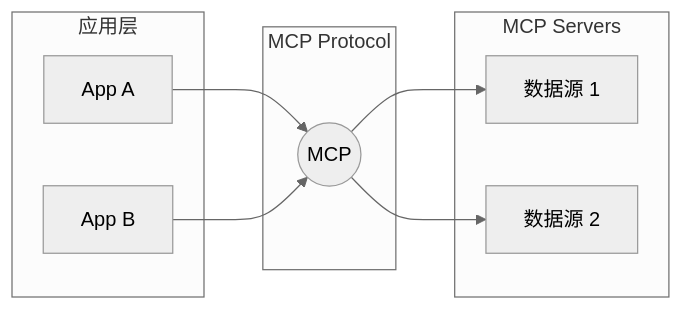
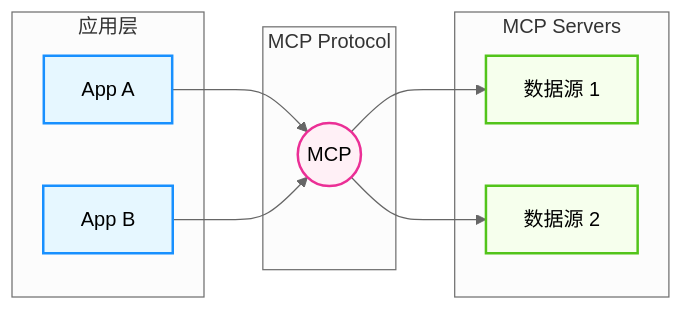
Before and after one commit to yeasy/agentic_ai_guide: the second of 5 diagrams in 04_tools/4.3_mcp.md, drawn with Mermaid (neutral theme). The commit also changed other lines of this file and 36 other files, not shown here.

````diff
--- a/04_tools/4.3_mcp.md
+++ b/04_tools/4.3_mcp.md
@@ -45,21 +52,30 @@
 ```mermaid
 graph LR
+    %% Agentic Design System
+    classDef agent fill:#e6f7ff,stroke:#1890ff,stroke-width:2px;
+    classDef tool fill:#f6ffed,stroke:#52c41a,stroke-width:2px;
+    classDef memory fill:#fff0f6,stroke:#eb2f96,stroke-width:2px;
+
     subgraph Apps [应用层]
         A[App A]
         B[App B]
     end
     
     subgraph Protocol [MCP Protocol]
         M((MCP))
     end
     
     subgraph Servers [MCP Servers]
         S1[数据源 1]
         S2[数据源 2]
     end
     
     A --> M
     B --> M
     M --> S1
     M --> S2
+    
+    class A,B agent;
+    class M memory;
+    class S1,S2 tool;
 ```
````
